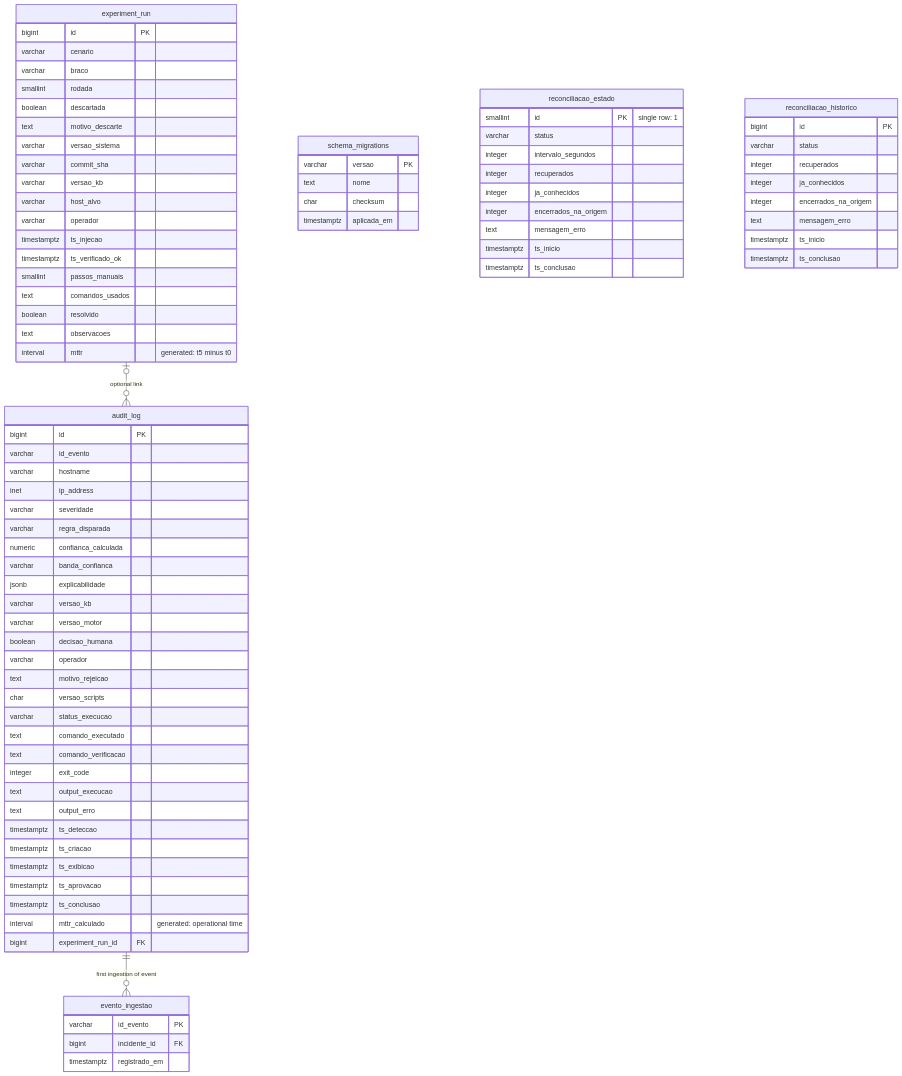
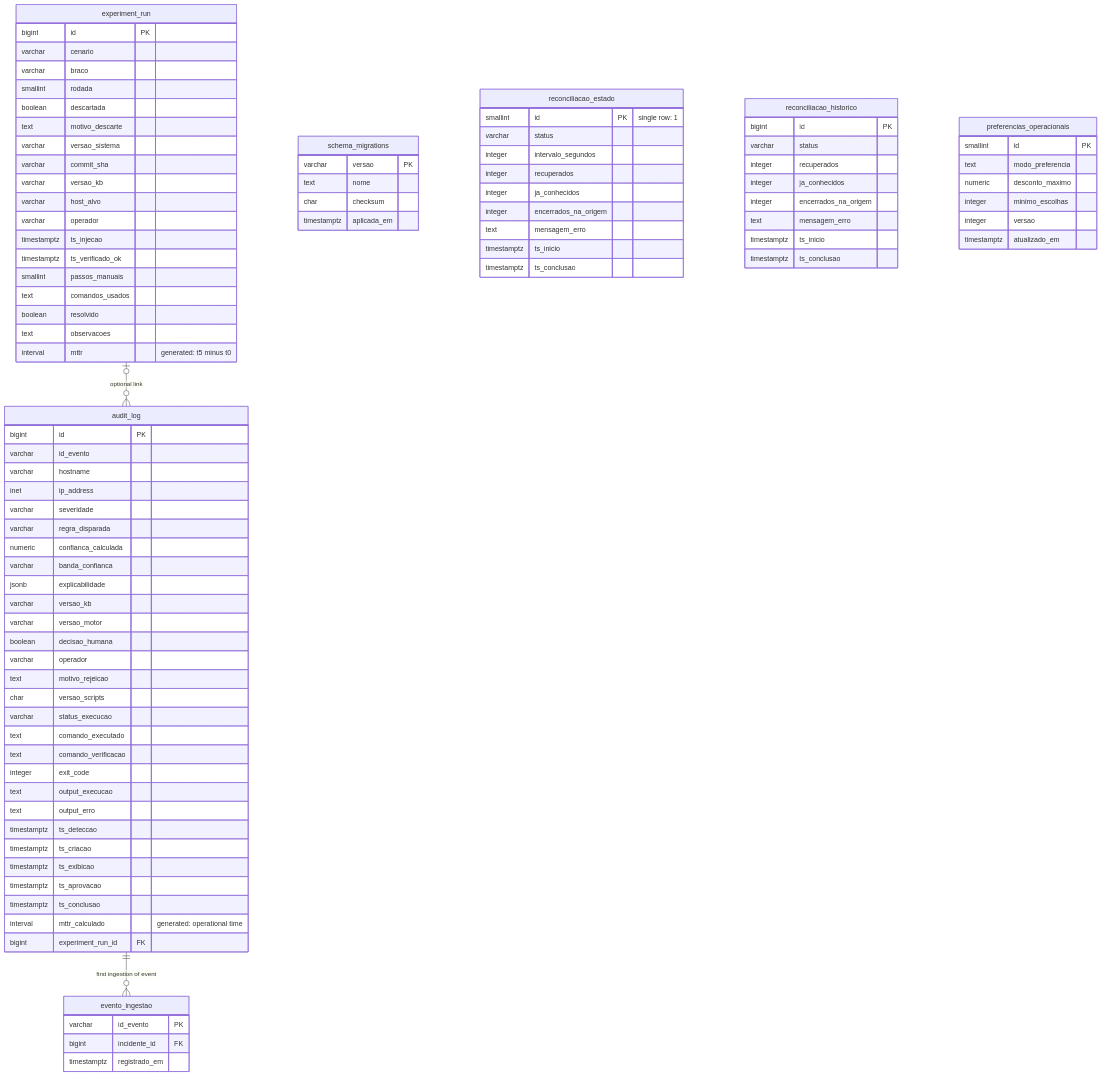
The diagram in docs/diagrams/data_model.mmd (cfrans/polaris-dss), drawn with Mermaid before and after one commit. The commit also changed 46 other files, not shown here.

```diff
--- a/docs/diagrams/data_model.mmd
+++ b/docs/diagrams/data_model.mmd
@@ -1,85 +1,93 @@
 erDiagram
   experiment_run o|--o{ audit_log : "optional link"
   audit_log ||--o{ evento_ingestao : "first ingestion of event"
   experiment_run {
     bigint id PK
     varchar cenario
     varchar braco
     smallint rodada
     boolean descartada
     text motivo_descarte
     varchar versao_sistema
     varchar commit_sha
     varchar versao_kb
     varchar host_alvo
     varchar operador
     timestamptz ts_injecao
     timestamptz ts_verificado_ok
     smallint passos_manuais
     text comandos_usados
     boolean resolvido
     text observacoes
     interval mttr "generated: t5 minus t0"
   }
   audit_log {
     bigint id PK
     varchar id_evento
     varchar hostname
     inet ip_address
     varchar severidade
     varchar regra_disparada
     numeric confianca_calculada
     varchar banda_confianca
     jsonb explicabilidade
     varchar versao_kb
     varchar versao_motor
     boolean decisao_humana
     varchar operador
     text motivo_rejeicao
     char versao_scripts
     varchar status_execucao
     text comando_executado
     text comando_verificacao
     integer exit_code
     text output_execucao
     text output_erro
     timestamptz ts_deteccao
     timestamptz ts_criacao
     timestamptz ts_exibicao
     timestamptz ts_aprovacao
     timestamptz ts_conclusao
     interval mttr_calculado "generated: operational time"
     bigint experiment_run_id FK
   }
   evento_ingestao {
     varchar id_evento PK
     bigint incidente_id FK
     timestamptz registrado_em
   }
   schema_migrations {
     varchar versao PK
     text nome
     char checksum
     timestamptz aplicada_em
   }
   reconciliacao_estado {
     smallint id PK "single row: 1"
     varchar status
     integer intervalo_segundos
     integer recuperados
     integer ja_conhecidos
     integer encerrados_na_origem
     text mensagem_erro
     timestamptz ts_inicio
     timestamptz ts_conclusao
   }
   reconciliacao_historico {
     bigint id PK
     varchar status
     integer recuperados
     integer ja_conhecidos
     integer encerrados_na_origem
     text mensagem_erro
     timestamptz ts_inicio
     timestamptz ts_conclusao
   }
+  preferencias_operacionais {
+    smallint id PK
+    text modo_preferencia
+    numeric desconto_maximo
+    integer minimo_escolhas
+    integer versao
+    timestamptz atualizado_em
+  }
```
